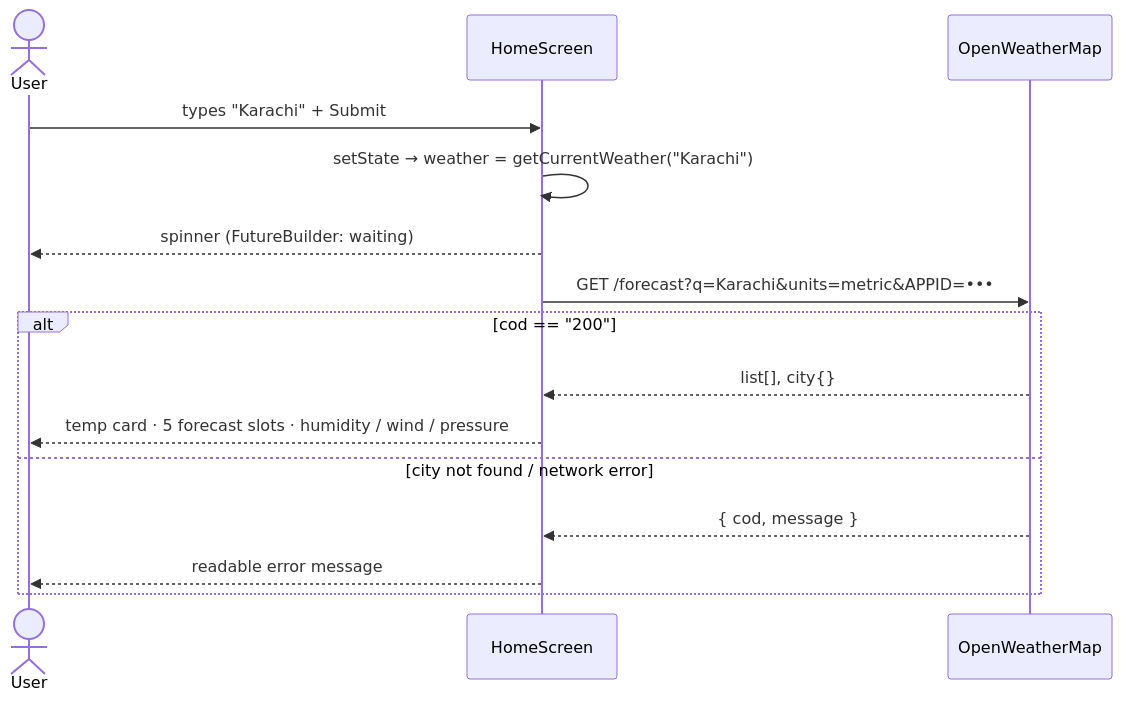
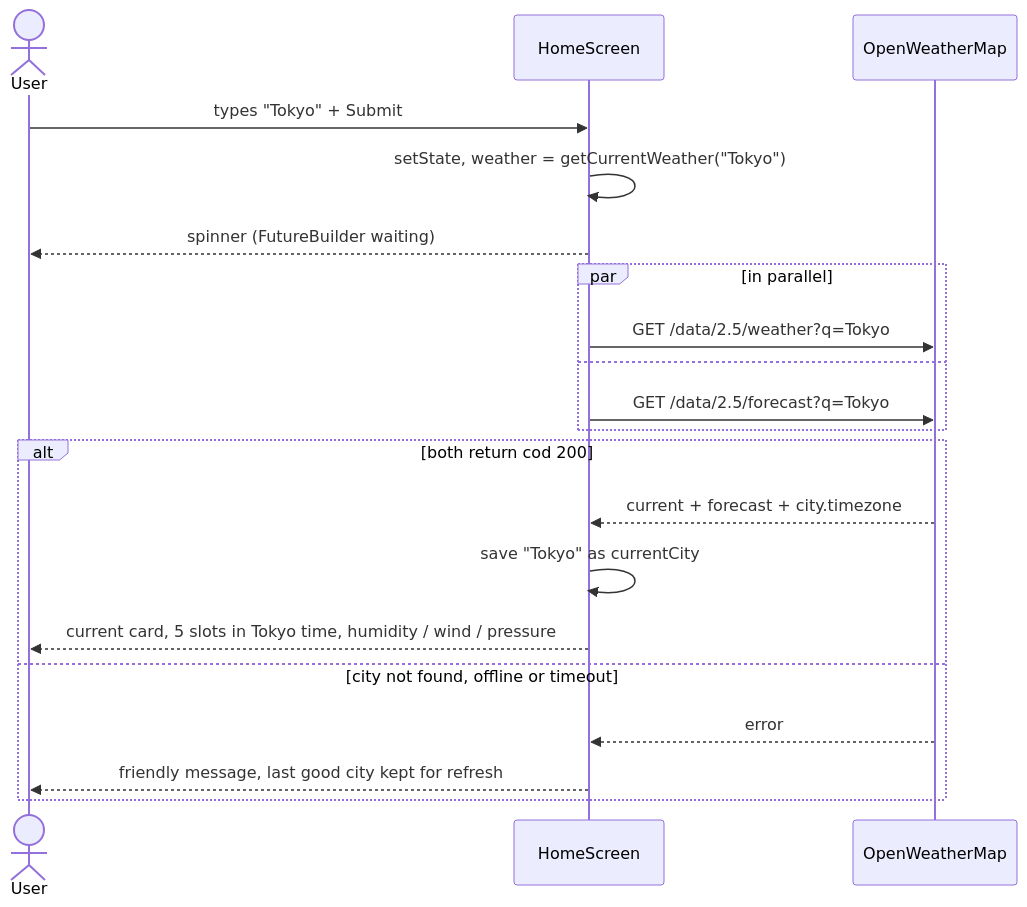
Before and after one commit to RafayAijaz/Weather-App: the second of 3 diagrams in README.md, drawn with Mermaid. The commit also changed other lines of this file, not shown here.

````diff
--- a/README.md
+++ b/README.md
@@ -105,17 +118,22 @@
 ```mermaid
 sequenceDiagram
     actor U as User
     participant H as HomeScreen
     participant API as OpenWeatherMap
-    U->>H: types "Karachi" + Submit
-    H->>H: setState → weather = getCurrentWeather("Karachi")
-    H-->>U: spinner (FutureBuilder: waiting)
-    H->>API: GET /forecast?q=Karachi&units=metric&APPID=•••
-    alt cod == "200"
-        API-->>H: list[], city{}
-        H-->>U: temp card · 5 forecast slots · humidity / wind / pressure
-    else city not found / network error
-        API-->>H: { cod, message }
-        H-->>U: readable error message
+    U->>H: types "Tokyo" + Submit
+    H->>H: setState, weather = getCurrentWeather("Tokyo")
+    H-->>U: spinner (FutureBuilder waiting)
+    par in parallel
+        H->>API: GET /data/2.5/weather?q=Tokyo
+    and
+        H->>API: GET /data/2.5/forecast?q=Tokyo
+    end
+    alt both return cod 200
+        API-->>H: current + forecast + city.timezone
+        H->>H: save "Tokyo" as currentCity
+        H-->>U: current card, 5 slots in Tokyo time, humidity / wind / pressure
+    else city not found, offline or timeout
+        API-->>H: error
+        H-->>U: friendly message, last good city kept for refresh
     end
 ```
````
